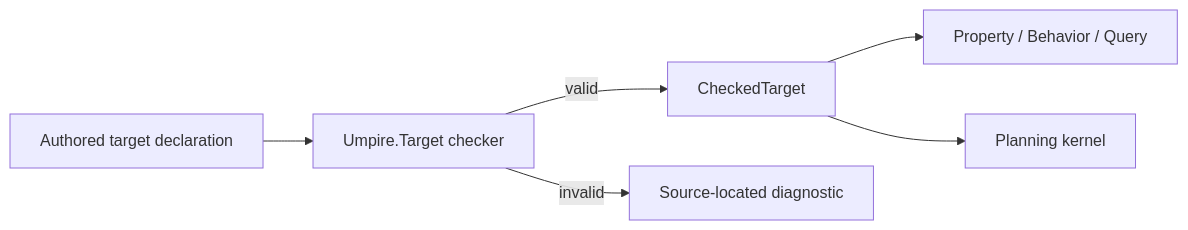
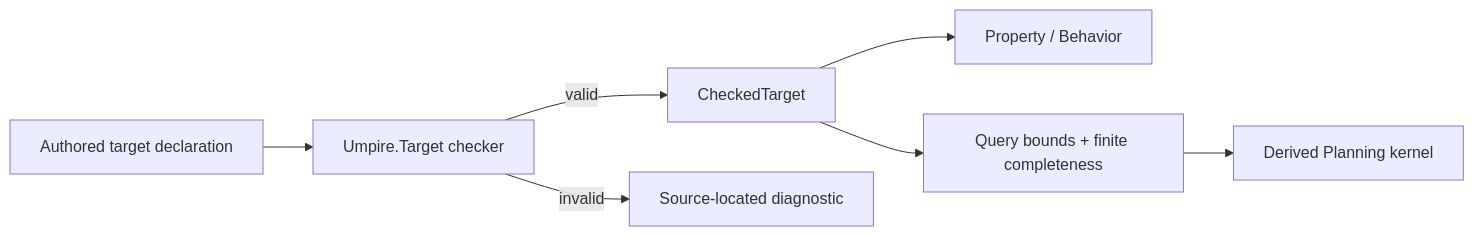
The diagram in .flow/specs/fn-31-deepen-umpire-target-and-simplify.md (stephanos/temporal), drawn with Mermaid before and after one commit. The commit also changed other lines of this file and 195 other files, not shown here.

````diff
--- a/.flow/specs/fn-31-deepen-umpire-target-and-simplify.md
+++ b/.flow/specs/fn-31-deepen-umpire-target-and-simplify.md
@@ -17,8 +17,9 @@
 ```mermaid
 flowchart LR
   A[Authored target declaration] --> C[Umpire.Target checker]
   C -->|valid| T[CheckedTarget]
   C -->|invalid| D[Source-located diagnostic]
-  T --> P[Property / Behavior / Query]
-  T --> K[Planning kernel]
+  T --> P[Property / Behavior]
+  T --> Q[Query bounds + finite completeness]
+  Q --> K[Derived Planning kernel]
 ```
````
